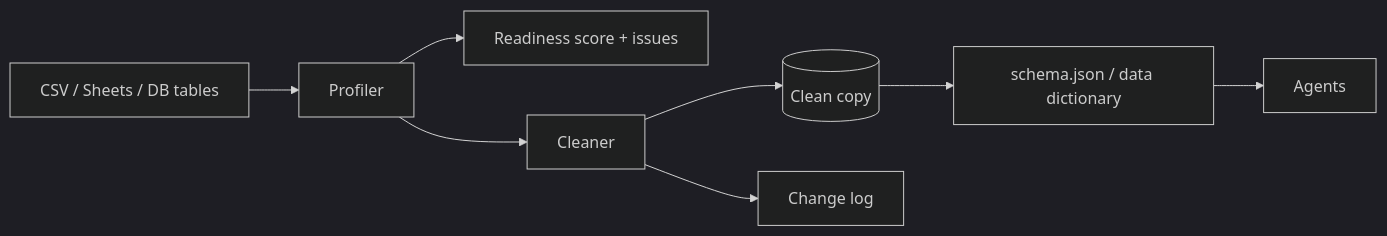
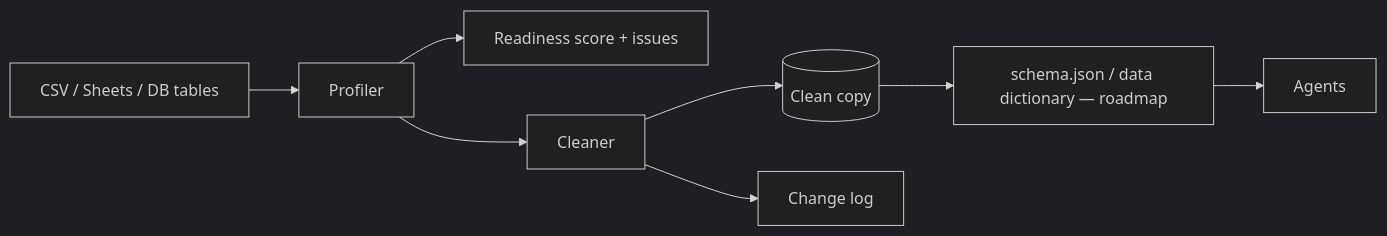
One commit to eliem08/data-kondo changed the diagram in ARCHITECTURE.md. Above: the diagram before and after it, drawn with Mermaid (dark theme). The commit also changed other lines of this file, not shown here.

Commit message:
sell-ready: ARCHITECTURE.md

````diff
--- a/ARCHITECTURE.md
+++ b/ARCHITECTURE.md
@@ -9,9 +9,9 @@
 ```mermaid
 flowchart LR
   Sources[CSV / Sheets / DB tables] --> Profiler
   Profiler --> Score[Readiness score + issues]
   Profiler --> Cleaner
   Cleaner --> Clean[(Clean copy)]
   Cleaner --> Log[Change log]
-  Clean --> Dict[schema.json / data dictionary] --> Agents
+  Clean --> Dict[schema.json / data dictionary — roadmap] --> Agents
 ```
````
